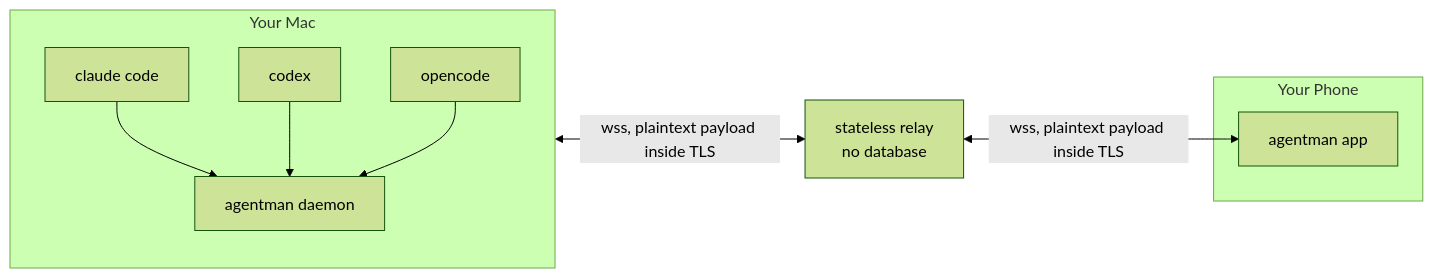
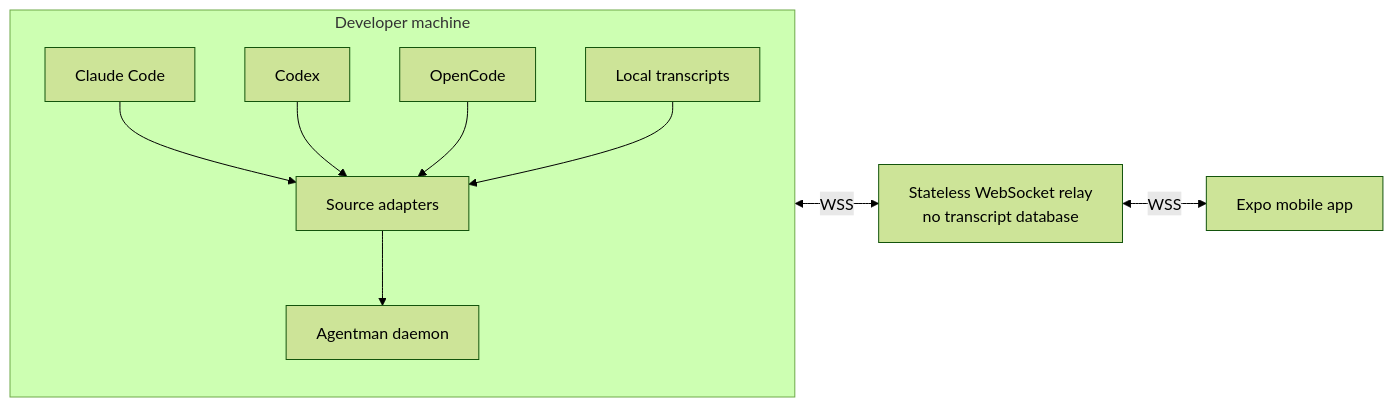
The first of 2 diagrams in README.md (lenajeremy/agentman), drawn with Mermaid (forest theme) before and after one commit. The commit also changed other lines of this file, not shown here.

````diff
--- a/README.md
+++ b/README.md
@@ -86,22 +100,24 @@
 ```mermaid
 flowchart LR
-    subgraph mac["Your Mac"]
+    subgraph host["Developer machine"]
         direction TB
-        cc["claude code"]
-        cx["codex"]
-        oc["opencode"]
-        daemon["agentman daemon"]
-        cc --> daemon
-        cx --> daemon
-        oc --> daemon
+        Claude["Claude Code"]
+        Codex["Codex"]
+        OpenCode["OpenCode"]
+        Adapters["Source adapters"]
+        Daemon["Agentman daemon"]
+        Files["Local transcripts"]
+
+        Claude --> Adapters
+        Codex --> Adapters
+        OpenCode --> Adapters
+        Files --> Adapters
+        Adapters --> Daemon
     end
 
-    relay["stateless relay<br/>no database"]
+    Relay["Stateless WebSocket relay<br/>no transcript database"]
+    App["Expo mobile app"]
 
-    subgraph phone["Your Phone"]
-        app["agentman app"]
-    end
-
-    daemon <-->|wss, plaintext payload inside TLS| relay
-    relay <-->|wss, plaintext payload inside TLS| app
+    Daemon <-->|"WSS"| Relay
+    Relay <-->|"WSS"| App
 ```
````
